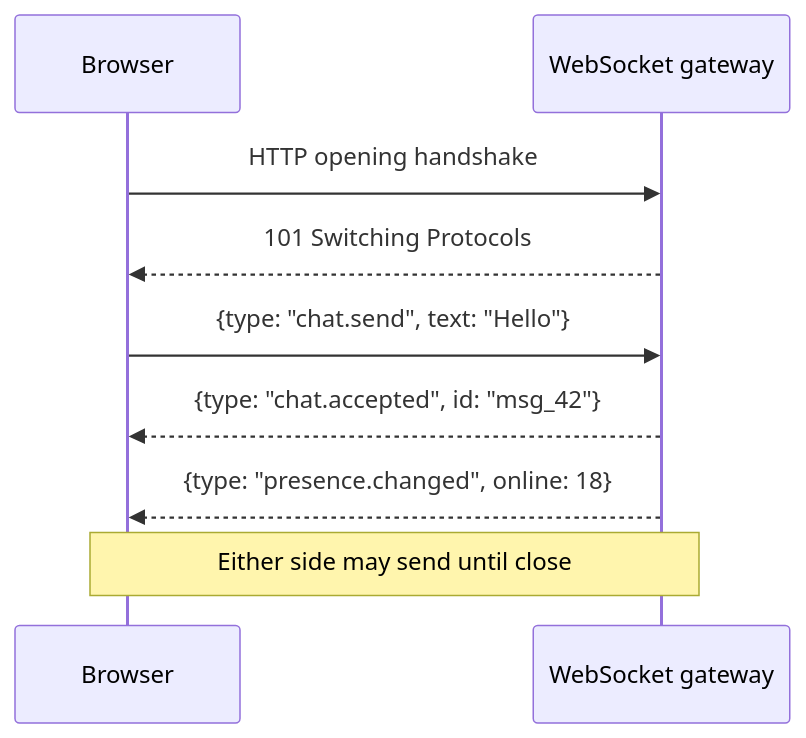
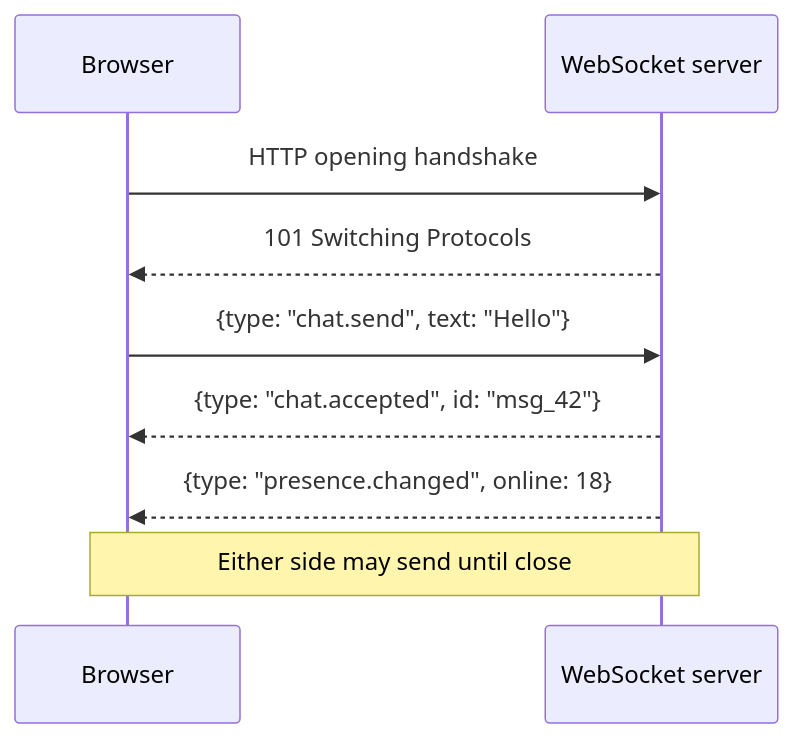
One commit to alanqi03/sys-design changed the first of 3 diagrams in connection-protocols/websockets.md. Above: the diagram before and after it, drawn with Mermaid. The commit also changed other lines of this file and 3 other files, not shown here.

````diff
--- a/connection-protocols/websockets.md
+++ b/connection-protocols/websockets.md
@@ -15,11 +15,11 @@
 ```{mermaid}
 sequenceDiagram
   participant B as Browser
-  participant G as WebSocket gateway
-  B->>G: HTTP opening handshake
-  G-->>B: 101 Switching Protocols
-  B->>G: {type: "chat.send", text: "Hello"}
-  G-->>B: {type: "chat.accepted", id: "msg_42"}
-  G-->>B: {type: "presence.changed", online: 18}
-  Note over B,G: Either side may send until close
+  participant S as WebSocket server
+  B->>S: HTTP opening handshake
+  S-->>B: 101 Switching Protocols
+  B->>S: {type: "chat.send", text: "Hello"}
+  S-->>B: {type: "chat.accepted", id: "msg_42"}
+  S-->>B: {type: "presence.changed", online: 18}
+  Note over B,S: Either side may send until close
 ```
````
